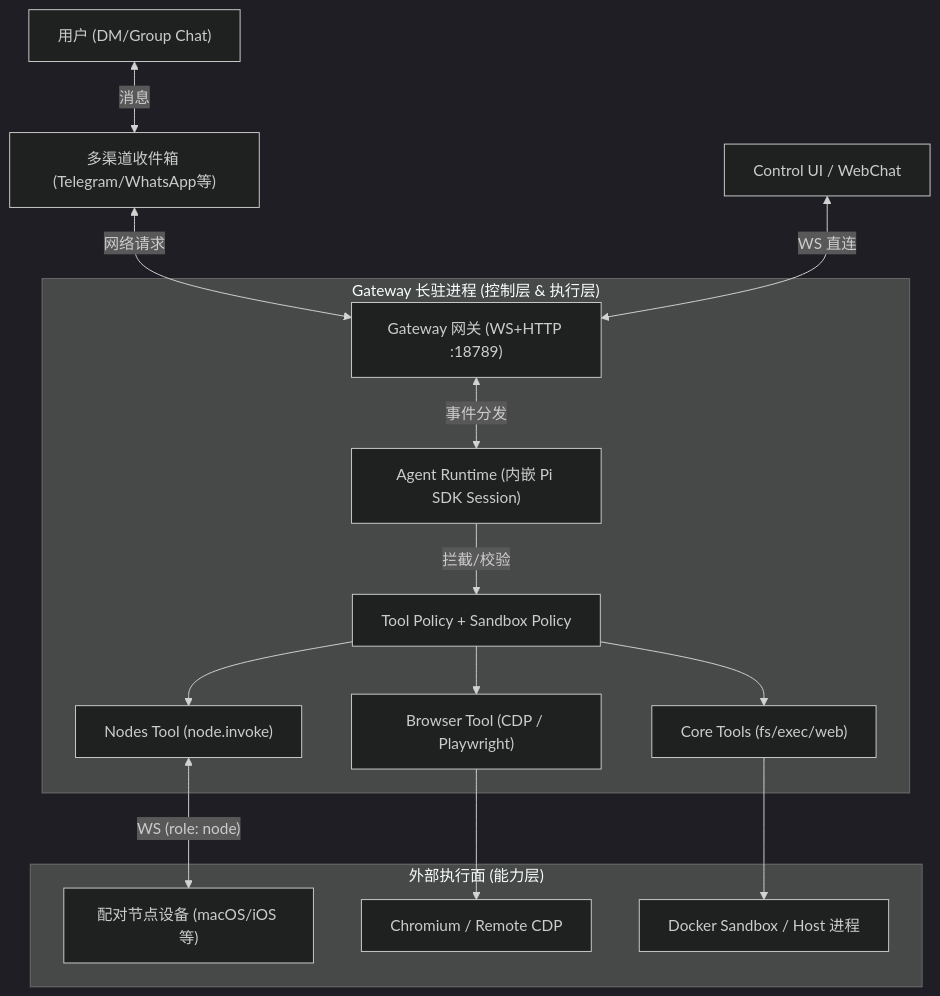
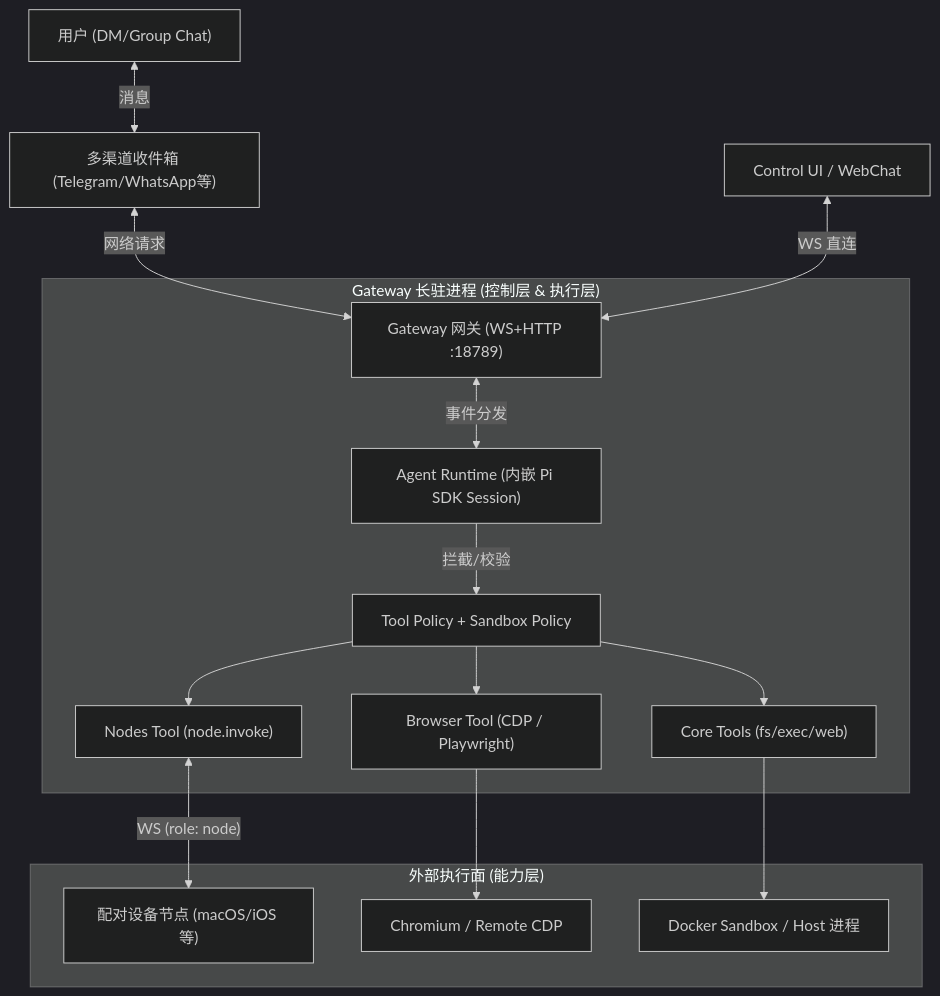
The first of 3 diagrams in 01_overview/1.2_architecture.md (yeasy/openclaw_guide), drawn with Mermaid (dark theme) before and after one commit. The commit also changed other lines of this file, not shown here.

````diff
--- a/01_overview/1.2_architecture.md
+++ b/01_overview/1.2_architecture.md
@@ -22,21 +53,21 @@
 ```mermaid
 graph TD
     User["用户 (DM/Group Chat)"] <--> |"消息"| ChatProv["多渠道收件箱 (Telegram/WhatsApp等)"]
     ChatProv <--> |"网络请求"| Gateway["Gateway 网关 (WS+HTTP :18789)"]
     ControlUI["Control UI / WebChat"] <--> |"WS 直连"| Gateway
-    
+
     subgraph GatewayProcess ["Gateway 长驻进程 (控制层 & 执行层)"]
         Gateway <--> |"事件分发"| AgentRuntime["Agent Runtime (内嵌 Pi SDK Session)"]
         AgentRuntime --> |"拦截/校验"| Policy["Tool Policy + Sandbox Policy"]
-        
+
         Policy --> CoreTools["Core Tools (fs/exec/web)"]
         Policy --> BrowserTool["Browser Tool (CDP / Playwright)"]
         Policy --> NodesTool["Nodes Tool (node.invoke)"]
     end
-    
+
     subgraph ExecutionSurface ["外部执行面 (能力层)"]
-        NodesTool <--> |"WS (role: node)"| PairedNode["配对节点设备 (macOS/iOS 等)"]
+        NodesTool <--> |"WS (role: node)"| PairedNode["配对设备节点 (macOS/iOS 等)"]
         BrowserTool --> Chrome["Chromium / Remote CDP"]
         CoreTools --> HostEnv["Docker Sandbox / Host 进程"]
     end
 ```
````
